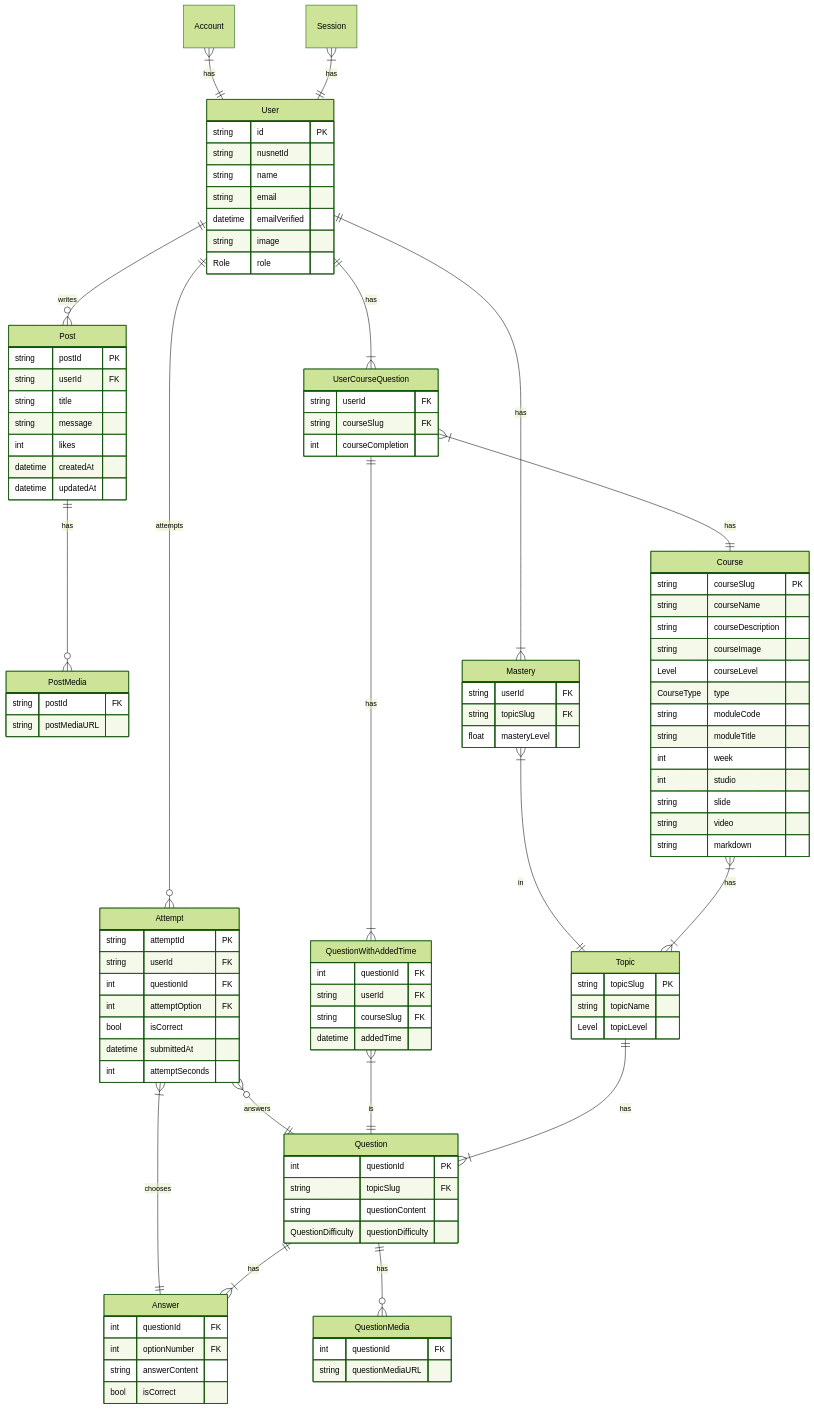
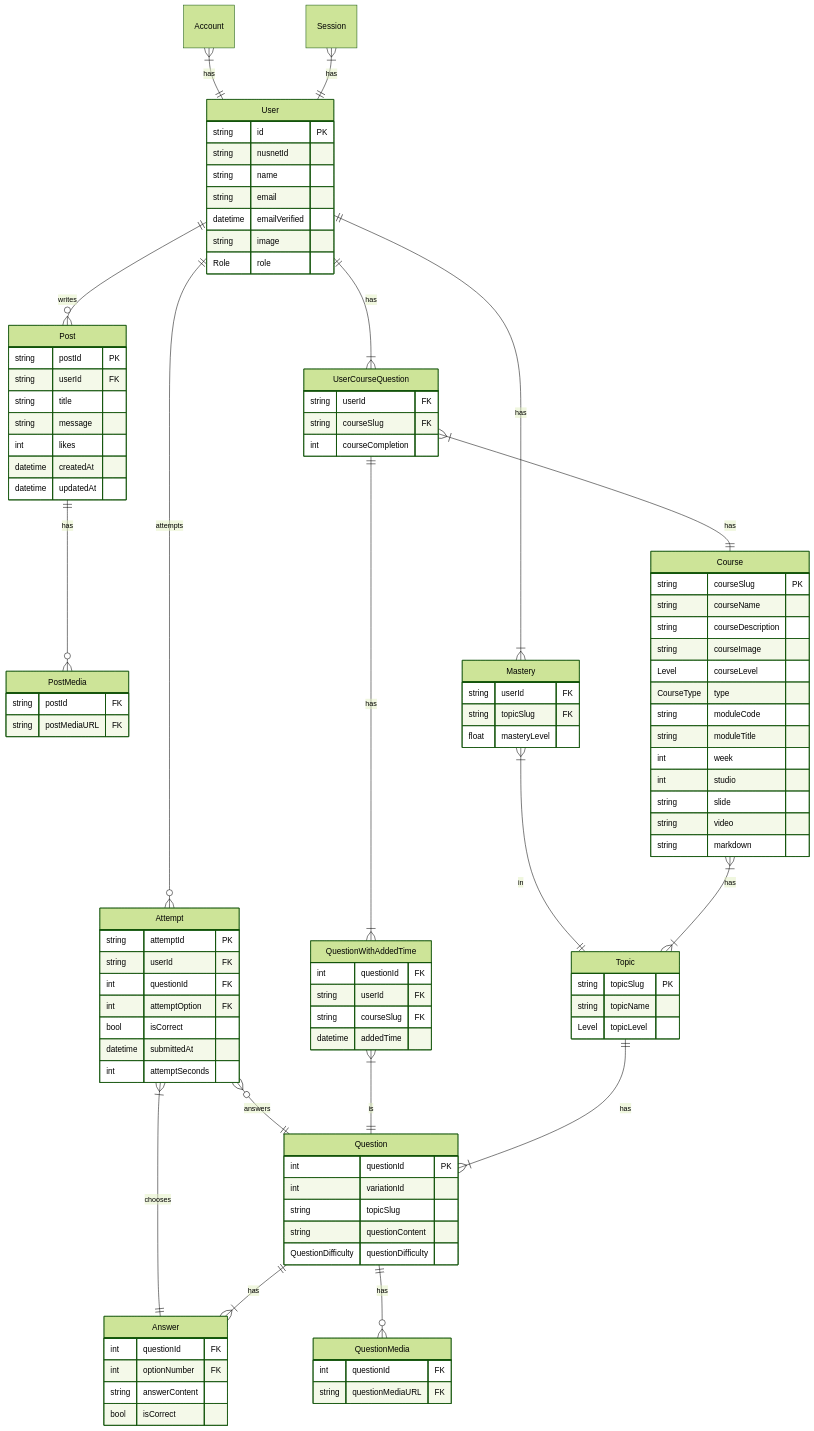
Before and after one commit to zhermin/LeetNode: the diagram in README.md, drawn with Mermaid (forest theme). The commit also changed 8 other files, not shown here.

````diff
--- a/README.md
+++ b/README.md
@@ -141,13 +141,14 @@
   }
   Question {
     int questionId PK
-    string topicSlug FK
+    int variationId
+    string topicSlug
     string questionContent
     QuestionDifficulty questionDifficulty
   }
   QuestionMedia {
     int questionId FK
-    string questionMediaURL
+    string questionMediaURL FK
   }
   Answer {
     int questionId FK
@@ -166,6 +167,6 @@
   }
   PostMedia {
     string postId FK
-    string postMediaURL
+    string postMediaURL FK
   }
 ```
````
